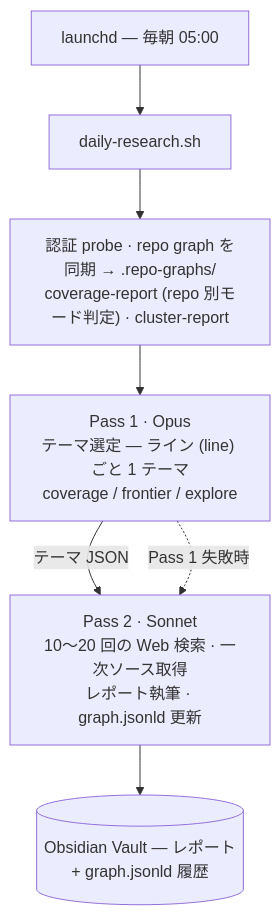
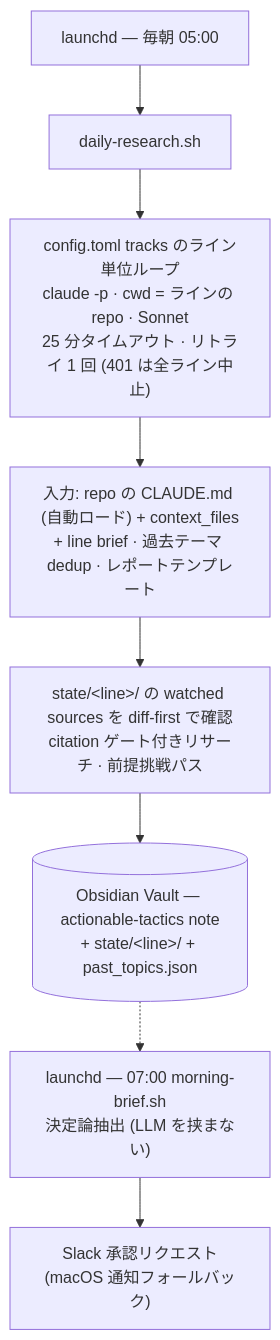
One commit to shimo4228/daily-research changed the diagram in README.ja.md. Above: the diagram before and after it, drawn with Mermaid. The commit also changed other lines of this file and 33 other files, not shown here.

````diff
--- a/README.ja.md
+++ b/README.ja.md
@@ -15,9 +15,10 @@
 ```mermaid
 flowchart TD
     cron["launchd — 毎朝 05:00"] --> orch["daily-research.sh"]
-    orch --> prep["認証 probe · repo graph を同期 → .repo-graphs/<br/>coverage-report (repo 別モード判定) · cluster-report"]
-    prep --> p1["Pass 1 · Opus<br/>テーマ選定 — ライン (line) ごと 1 テーマ<br/>coverage / frontier / explore"]
-    p1 -->|テーマ JSON| p2["Pass 2 · Sonnet<br/>10〜20 回の Web 検索 · 一次ソース取得<br/>レポート執筆 · graph.jsonld 更新"]
-    p1 -.->|Pass 1 失敗時| p2
-    p2 --> out[("Obsidian Vault — レポート<br/>+ graph.jsonld 履歴")]
+    orch --> loop["config.toml tracks のライン単位ループ<br/>claude -p · cwd = ラインの repo · Sonnet<br/>25 分タイムアウト · リトライ 1 回 (401 は全ライン中止)"]
+    loop --> ctx["入力: repo の CLAUDE.md (自動ロード) + context_files<br/>+ line brief · 過去テーマ dedup · レポートテンプレート"]
+    ctx --> run["state/&lt;line&gt;/ の watched sources を diff-first で確認<br/>citation ゲート付きリサーチ · 前提挑戦パス"]
+    run --> out[("Obsidian Vault — actionable-tactics note<br/>+ state/&lt;line&gt;/ + past_topics.json")]
+    out -.-> brief["launchd — 07:00 morning-brief.sh<br/>決定論抽出 (LLM を挟まない)"]
+    brief --> slack["Slack 承認リクエスト<br/>(macOS 通知フォールバック)"]
 ```
````
